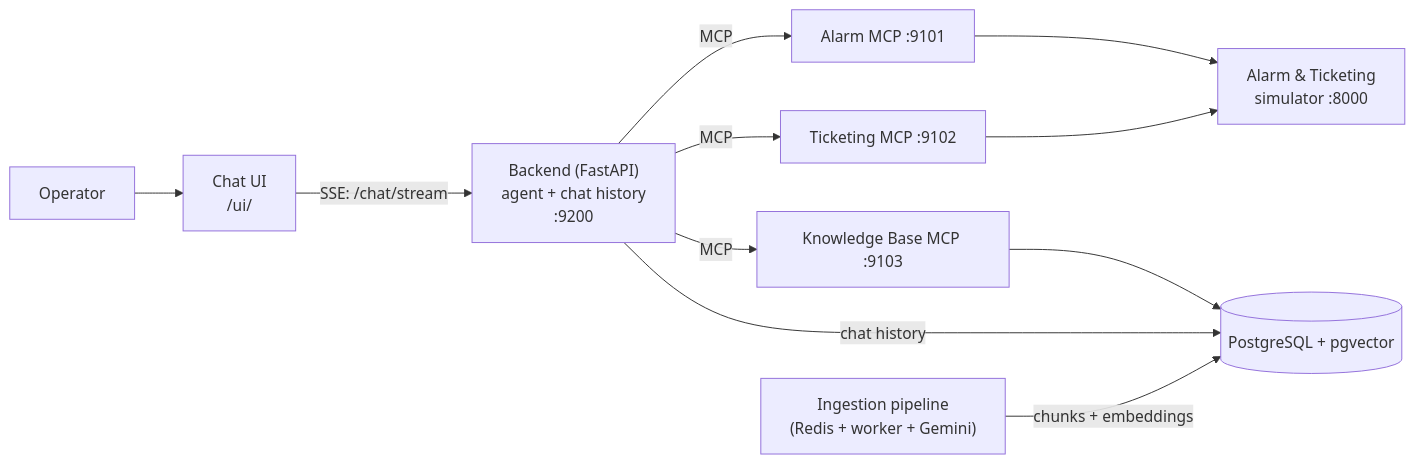
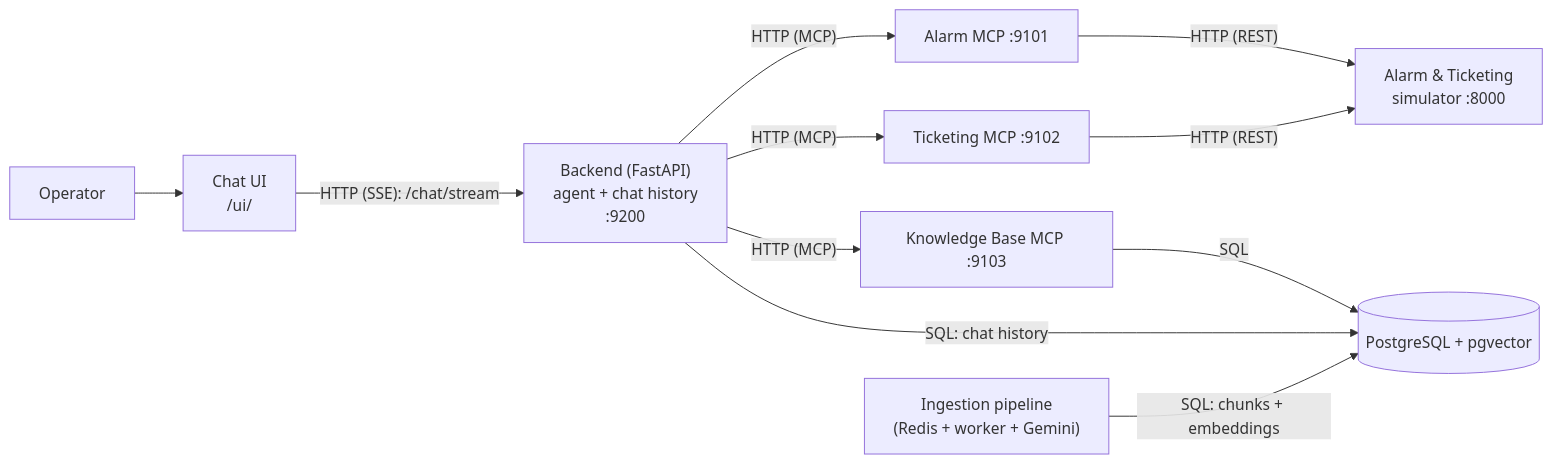
Before and after one commit to madhav-k-2001/incident-and-ticket-enrichment: the diagram in README.md, drawn with Mermaid. The commit also changed other lines of this file and 1 other file, not shown here.

First line of the commit message:
docs: trim README, label diagram arrows with HTTP, add dev-setup.sh

````diff
--- a/README.md
+++ b/README.md
@@ -26,13 +26,13 @@
 ```mermaid
 flowchart LR
     User["Operator"] --> UI["Chat UI<br/>/ui/"]
-    UI -->|"SSE: /chat/stream"| Backend["Backend (FastAPI)<br/>agent + chat history<br/>:9200"]
-    Backend -->|"MCP"| AlarmMCP["Alarm MCP :9101"]
-    Backend -->|"MCP"| TicketMCP["Ticketing MCP :9102"]
-    Backend -->|"MCP"| KBMCP["Knowledge Base MCP :9103"]
-    AlarmMCP --> Sim["Alarm & Ticketing<br/>simulator :8000"]
-    TicketMCP --> Sim
-    KBMCP --> PG[("PostgreSQL + pgvector")]
-    Backend -->|"chat history"| PG
-    Ingest["Ingestion pipeline<br/>(Redis + worker + Gemini)"] -->|"chunks + embeddings"| PG
+    UI -->|"HTTP (SSE): /chat/stream"| Backend["Backend (FastAPI)<br/>agent + chat history<br/>:9200"]
+    Backend -->|"HTTP (MCP)"| AlarmMCP["Alarm MCP :9101"]
+    Backend -->|"HTTP (MCP)"| TicketMCP["Ticketing MCP :9102"]
+    Backend -->|"HTTP (MCP)"| KBMCP["Knowledge Base MCP :9103"]
+    AlarmMCP -->|"HTTP (REST)"| Sim["Alarm & Ticketing<br/>simulator :8000"]
+    TicketMCP -->|"HTTP (REST)"| Sim
+    KBMCP -->|"SQL"| PG[("PostgreSQL + pgvector")]
+    Backend -->|"SQL: chat history"| PG
+    Ingest["Ingestion pipeline<br/>(Redis + worker + Gemini)"] -->|"SQL: chunks + embeddings"| PG
 ```
````
